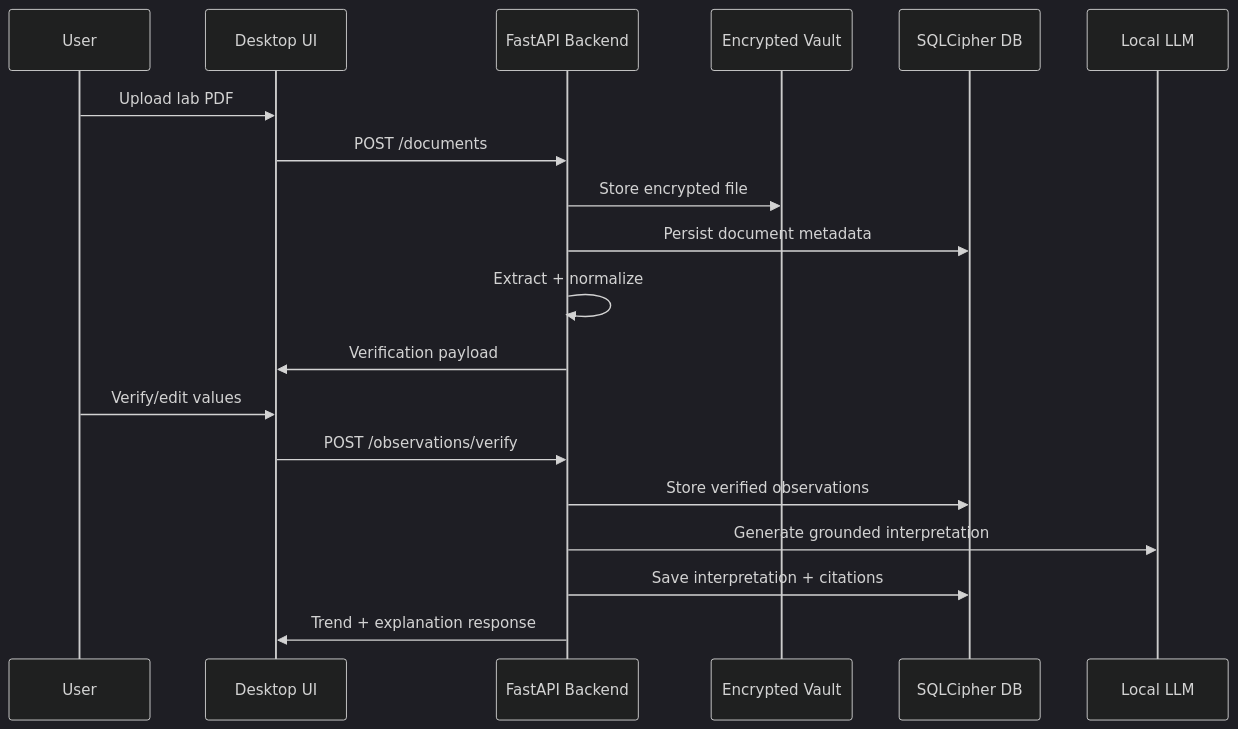
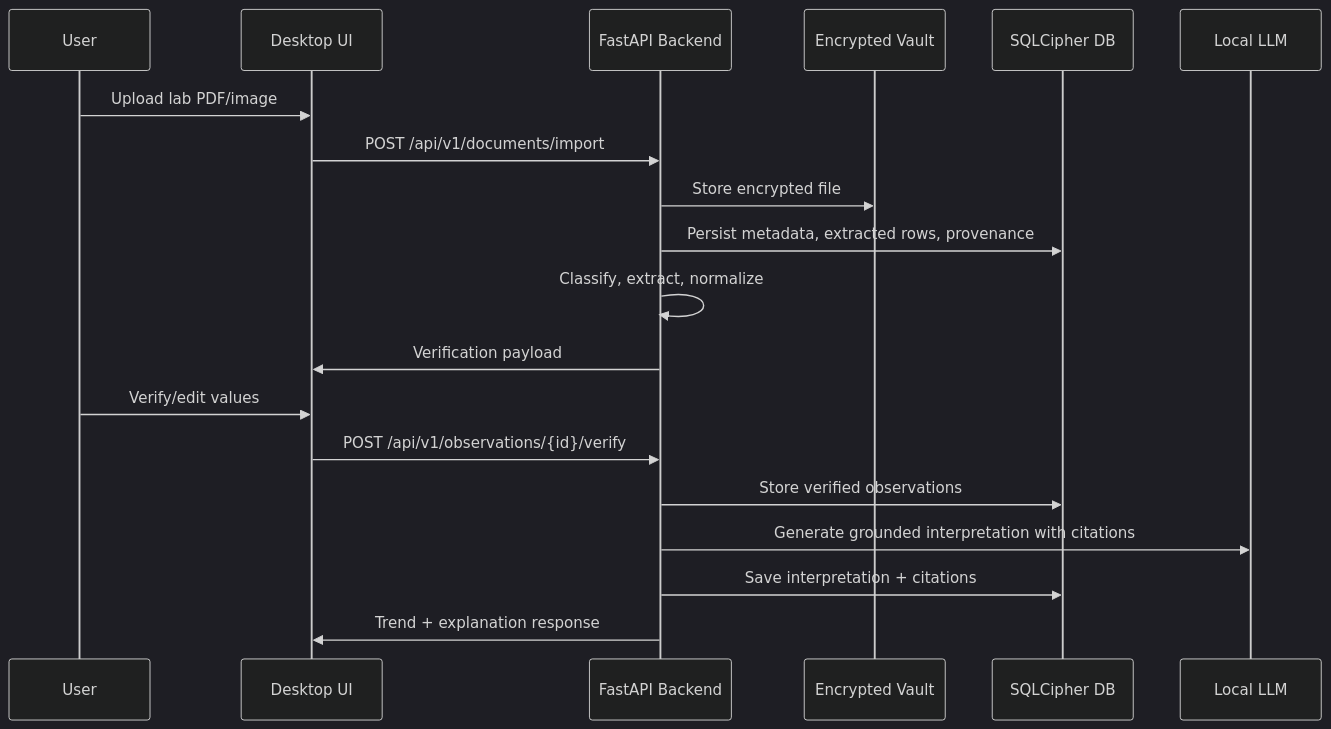
One commit to BrooklynD23/HealthCentral changed the fourth of 4 diagrams in README.md. Above: the diagram before and after it, drawn with Mermaid (dark theme). The commit also changed other lines of this file and 4 other files, not shown here.

````diff
--- a/README.md
+++ b/README.md
@@ -141,22 +153,22 @@
 ```mermaid
 sequenceDiagram
     participant User
     participant UI as Desktop UI
     participant API as FastAPI Backend
     participant Vault as Encrypted Vault
     participant DB as SQLCipher DB
     participant LLM as Local LLM
 
-    User->>UI: Upload lab PDF
-    UI->>API: POST /documents
+    User->>UI: Upload lab PDF/image
+    UI->>API: POST /api/v1/documents/import
     API->>Vault: Store encrypted file
-    API->>DB: Persist document metadata
-    API->>API: Extract + normalize
+    API->>DB: Persist metadata, extracted rows, provenance
+    API->>API: Classify, extract, normalize
     API->>UI: Verification payload
     User->>UI: Verify/edit values
-    UI->>API: POST /observations/verify
+    UI->>API: POST /api/v1/observations/{id}/verify
     API->>DB: Store verified observations
-    API->>LLM: Generate grounded interpretation
+    API->>LLM: Generate grounded interpretation with citations
     API->>DB: Save interpretation + citations
     API->>UI: Trend + explanation response
 ```
````
